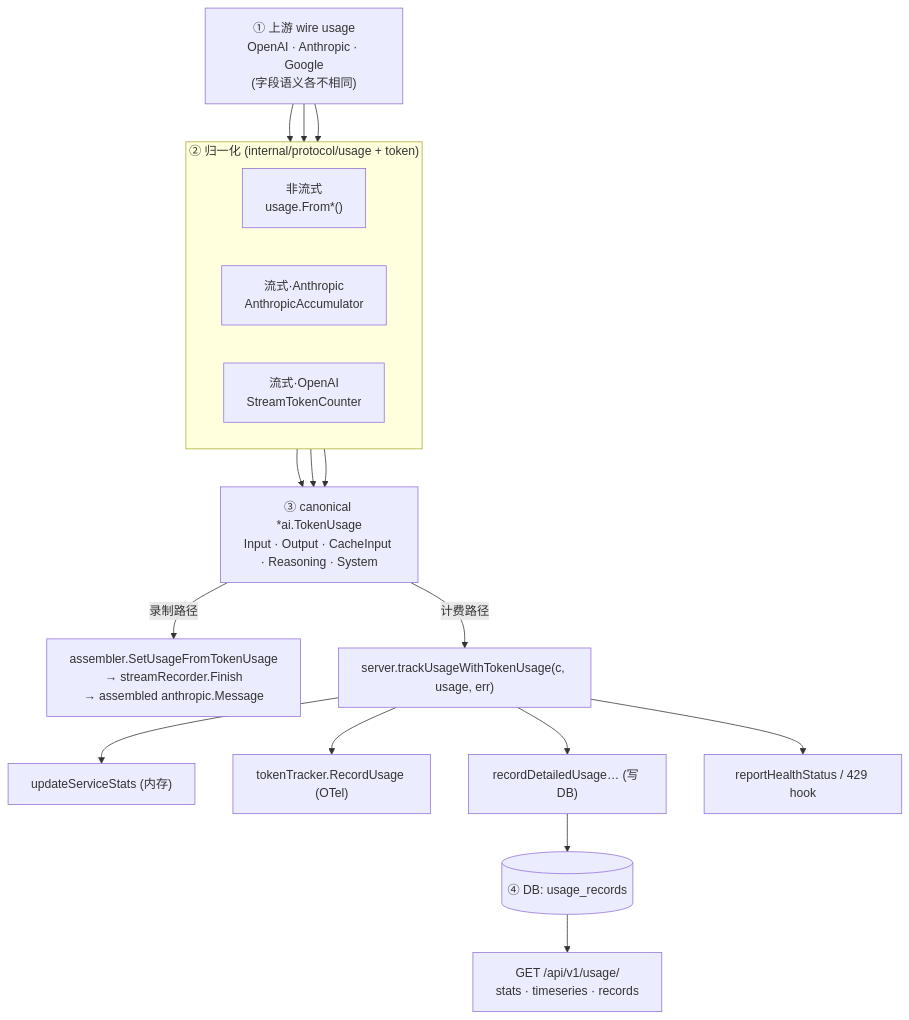
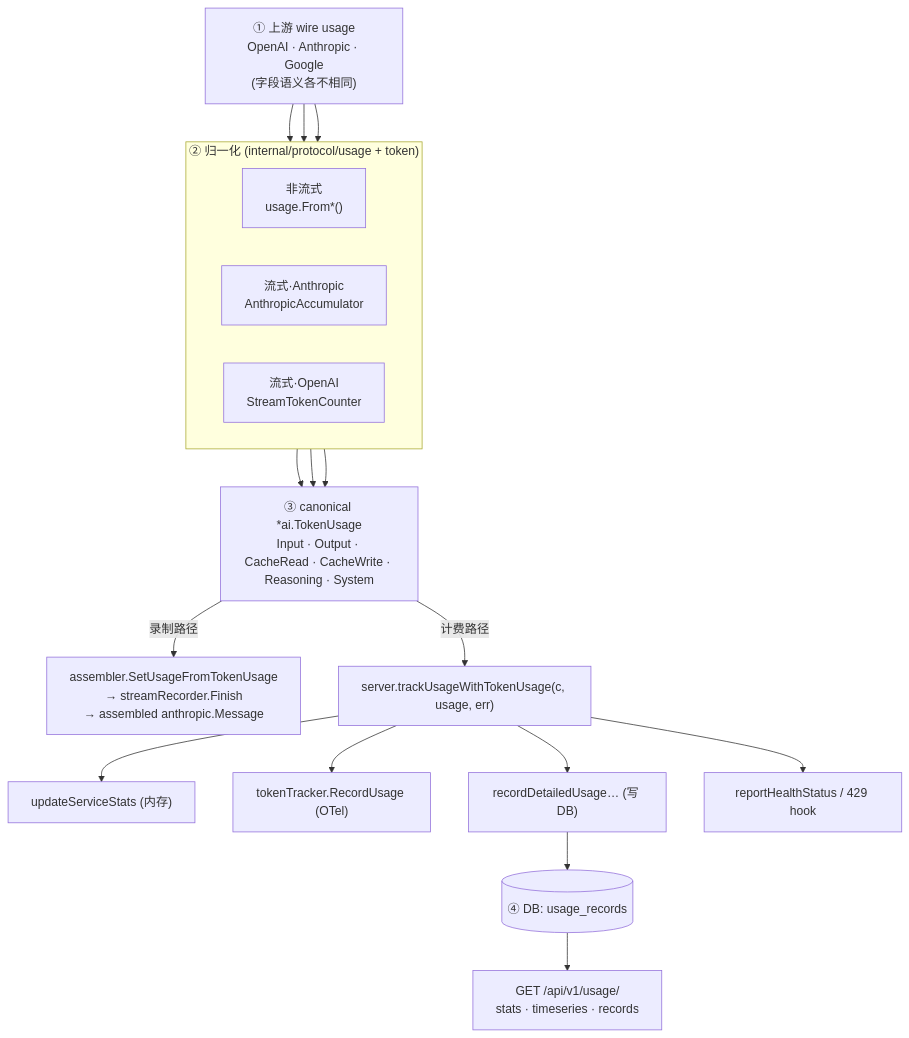
One commit to KrabsWong/tingly-box changed the diagram in .design/stream-usage-tracking.md. Above: the diagram before and after it, drawn with Mermaid. The commit also changed other lines of this file and 1 other file, not shown here.

First line of the commit message:
docs: correct stale claims in the usage design docs

````diff
--- a/.design/stream-usage-tracking.md
+++ b/.design/stream-usage-tracking.md
@@ -22,31 +22,31 @@
 ```mermaid
 flowchart TD
     A["① 上游 wire usage<br/>OpenAI · Anthropic · Google<br/>(字段语义各不相同)"]
 
     subgraph N ["② 归一化 (internal/protocol/usage + token)"]
         direction LR
         B1["非流式<br/>usage.From*()"]
         B2["流式·Anthropic<br/>AnthropicAccumulator"]
         B3["流式·OpenAI<br/>StreamTokenCounter"]
     end
 
     A --> B1
     A --> B2
     A --> B3
     B1 --> C
     B2 --> C
     B3 --> C
 
-    C["③ canonical &nbsp;*ai.TokenUsage&nbsp;<br/>Input · Output · CacheInput · Reasoning · System"]
+    C["③ canonical &nbsp;*ai.TokenUsage&nbsp;<br/>Input · Output · CacheRead · CacheWrite · Reasoning · System"]
 
     C -->|录制路径| D["assembler.SetUsageFromTokenUsage<br/>→ streamRecorder.Finish<br/>→ assembled anthropic.Message"]
     C -->|计费路径| E["server.trackUsageWithTokenUsage(c, usage, err)"]
 
     E --> E1["updateServiceStats (内存)"]
     E --> E2["tokenTracker.RecordUsage (OTel)"]
     E --> E3["recordDetailedUsage… (写 DB)"]
     E --> E4["reportHealthStatus / 429 hook"]
 
     E3 --> F[("④ DB: usage_records")]
     F --> G["GET /api/v1/usage/<br/>stats · timeseries · records"]
 ```
````
